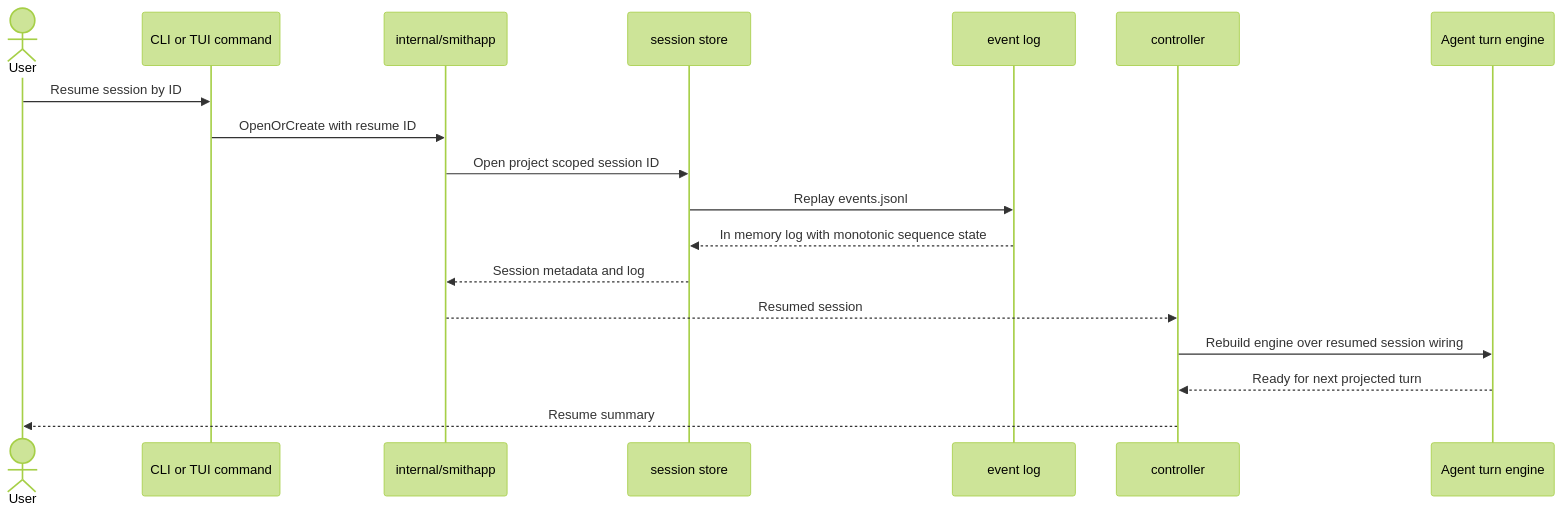
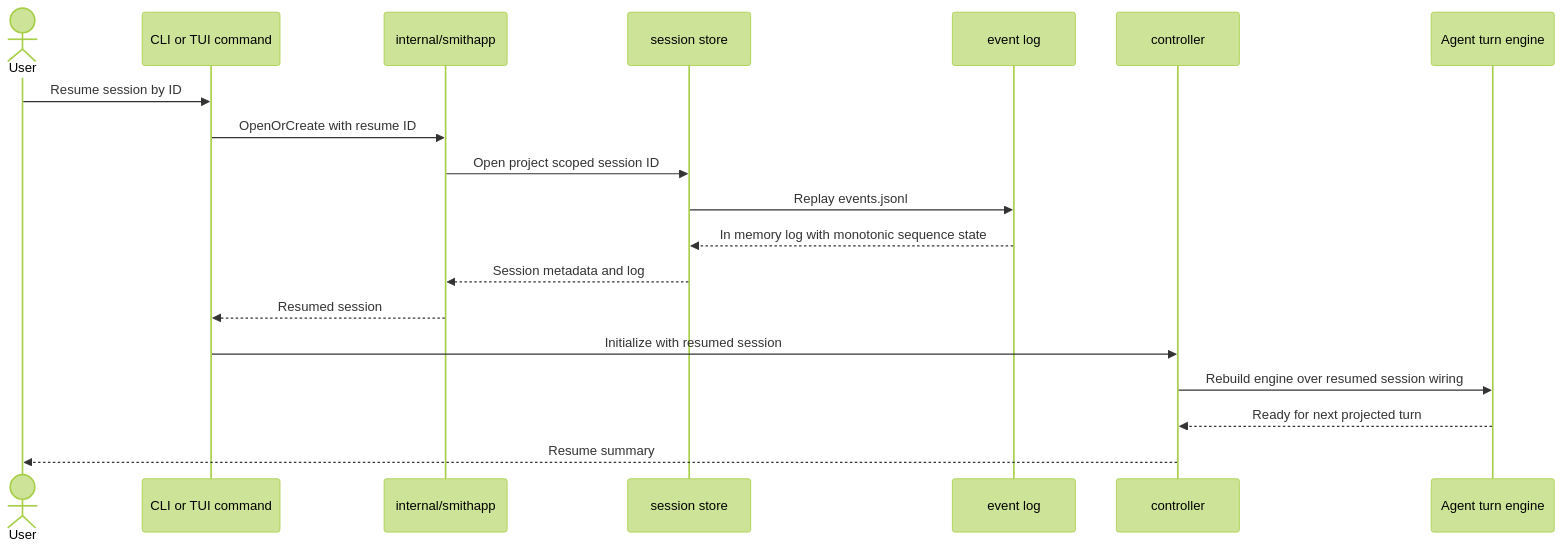
One commit to tonitienda/agent-smith changed the third of 4 diagrams in docs/architecture/runtime-flows.md. Above: the diagram before and after it, drawn with Mermaid (forest theme). The commit also changed other lines of this file and 2 other files, not shown here.

Commit message:
Update architecture docs for smithapp composition

````diff
--- a/docs/architecture/runtime-flows.md
+++ b/docs/architecture/runtime-flows.md
@@ -65,21 +65,22 @@
 ```mermaid
 sequenceDiagram
     actor User
     participant CommandFace as CLI or TUI command
     participant SmithApp as internal/smithapp
     participant SessionStore as session store
     participant EventLog as event log
     participant ChatController as controller
     participant AgentLoop as Agent turn engine
 
     User->>CommandFace: Resume session by ID
     CommandFace->>SmithApp: OpenOrCreate with resume ID
     SmithApp->>SessionStore: Open project scoped session ID
     SessionStore->>EventLog: Replay events.jsonl
     EventLog-->>SessionStore: In memory log with monotonic sequence state
     SessionStore-->>SmithApp: Session metadata and log
-    SmithApp-->>ChatController: Resumed session
+    SmithApp-->>CommandFace: Resumed session
+    CommandFace->>ChatController: Initialize with resumed session
     ChatController->>AgentLoop: Rebuild engine over resumed session wiring
     AgentLoop-->>ChatController: Ready for next projected turn
     ChatController-->>User: Resume summary
 ```
````
